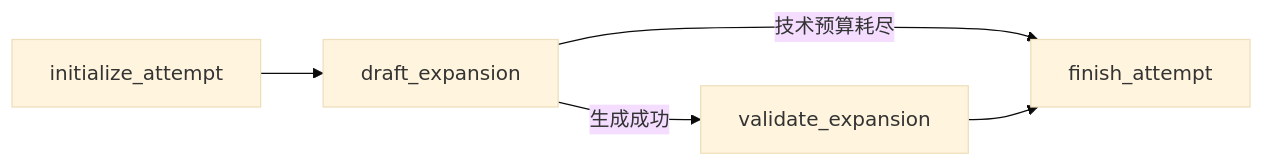
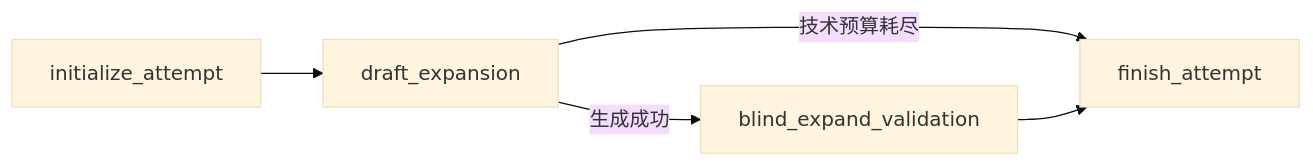
The third of 4 diagrams in docs/workflows.md (ChenYizhu97/PairData), drawn with Mermaid (base theme) before and after one commit. The commit also changed other lines of this file and 26 other files, not shown here.

Commit message:
Refactor expansion with blind validation and fixed PIU targets

````diff
--- a/docs/workflows.md
+++ b/docs/workflows.md
@@ -70,7 +71,7 @@
 ```mermaid
 flowchart LR
     A[initialize_attempt] --> B[draft_expansion]
-    B -->|生成成功| C[validate_expansion]
+    B -->|生成成功| C[blind_expand_validation]
     B -->|技术预算耗尽| D[finish_attempt]
     C --> D
 ```
````
